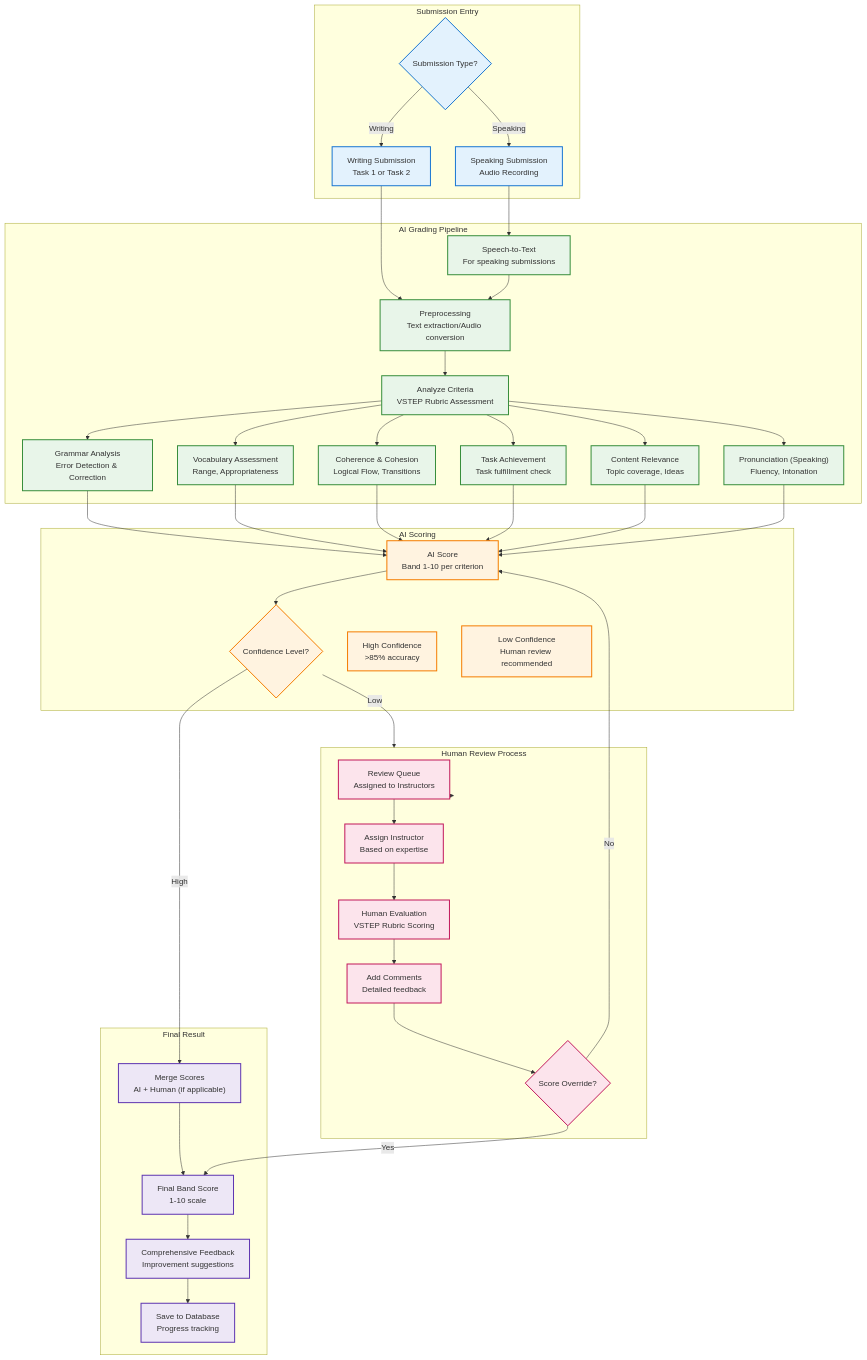
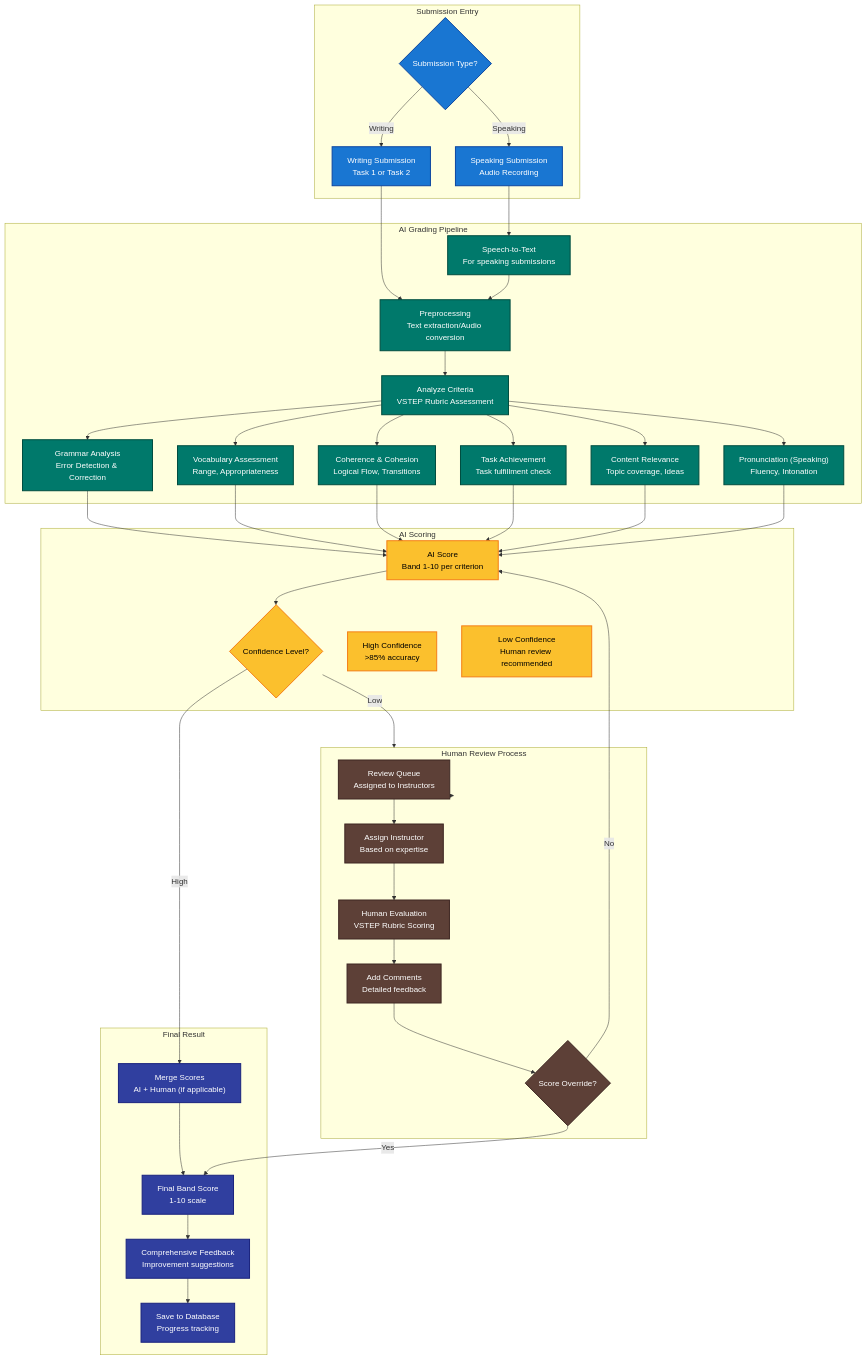
The sixth of 8 diagrams in docs/capstone/diagrams/flow-diagrams.md (nghyane/VSTEP), drawn with Mermaid before and after one commit. The commit also changed other lines of this file, not shown here.

First line of the commit message:
docs: update Mermaid diagram colors for better GitHub contrast

```diff
--- a/docs/capstone/diagrams/flow-diagrams.md
+++ b/docs/capstone/diagrams/flow-diagrams.md
@@ -491,11 +491,11 @@
     feedbackF --> record
 
     %% Styling
-    classDef submission fill:#e3f2fd,stroke:#1976d2,stroke-width:2px
-    classDef ai fill:#e8f5e9,stroke:#388e3c,stroke-width:2px
-    classDef scoring fill:#fff3e0,stroke:#f57c00,stroke-width:2px
-    classDef human fill:#fce4ec,stroke:#c2185b,stroke-width:2px
-    classDef final fill:#ede7f6,stroke:#5e35b1,stroke-width:2px
+    classDef submission fill:#1976d2,stroke:#0d47a1,stroke-width:2px,color:#fff
+    classDef ai fill:#00796b,stroke:#004d40,stroke-width:2px,color:#fff
+    classDef scoring fill:#fbc02d,stroke:#f57f17,stroke-width:2px,color:#000
+    classDef human fill:#5d4037,stroke:#3e2723,stroke-width:2px,color:#fff
+    classDef final fill:#303f9f,stroke:#1a237e,stroke-width:2px,color:#fff
 
     class input,writing,speaking submission
     class preprocess,stt,criteria,grammar,vocab,coherence,task,content,pronunciation ai
```
